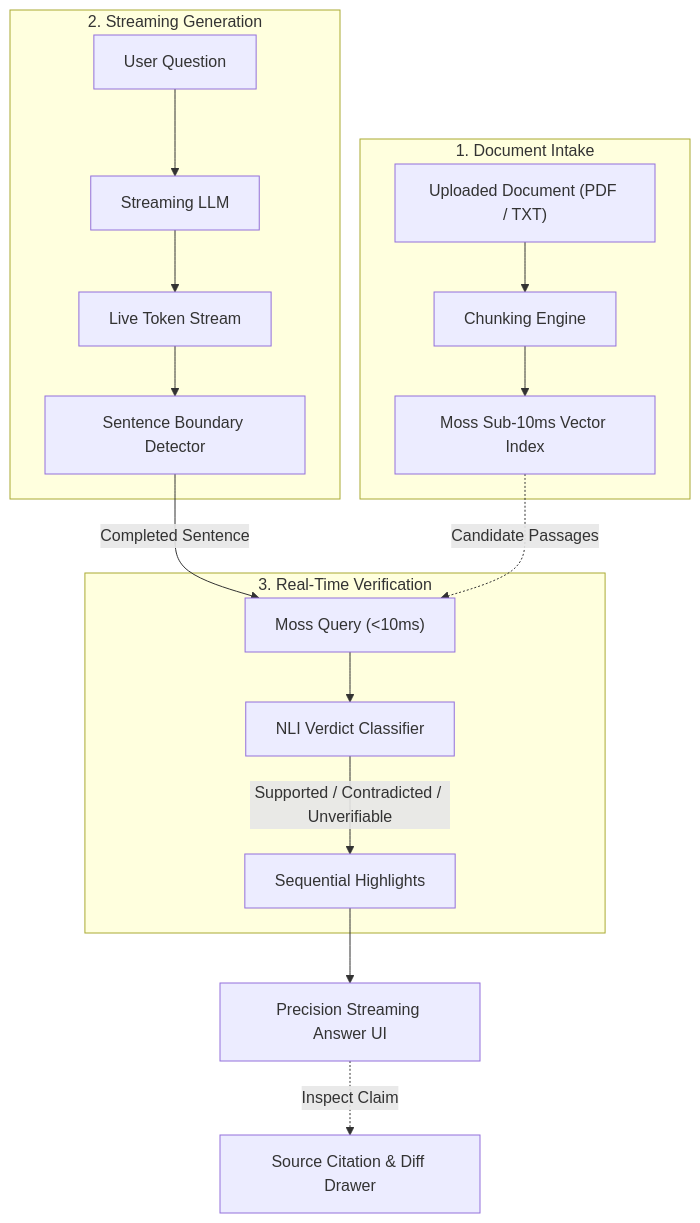
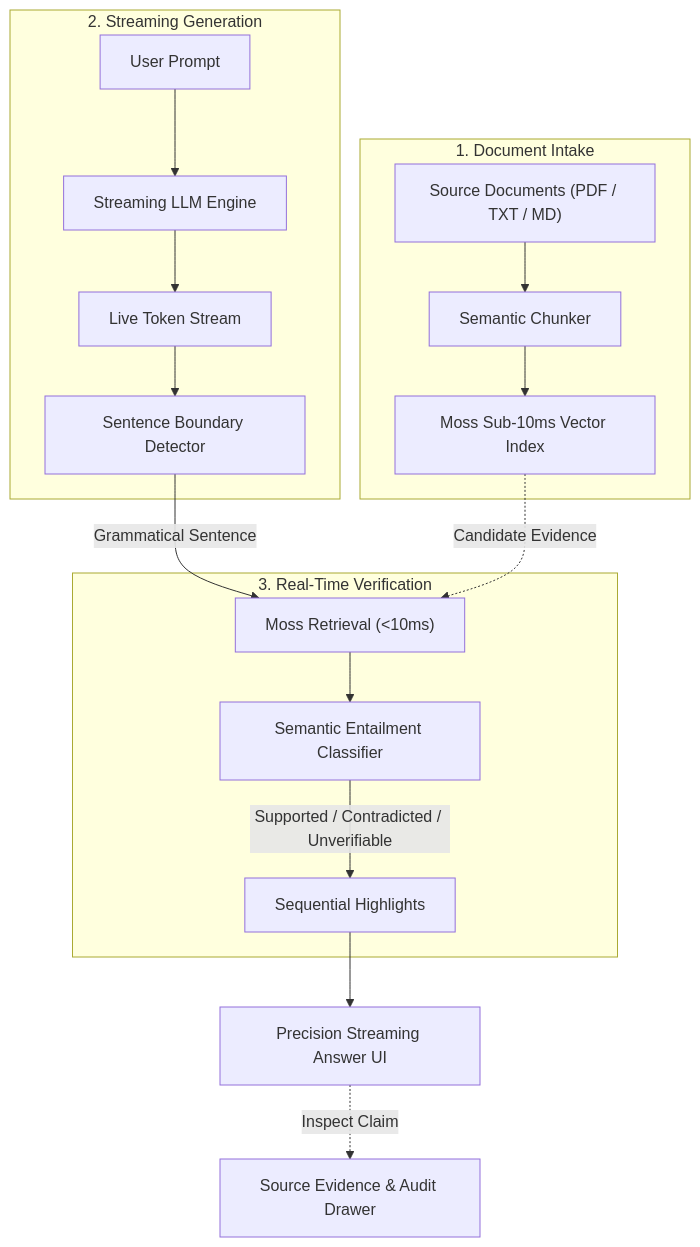
Before and after one commit to Shyamyemuka/tripwire: the diagram in README.md, drawn with Mermaid. The commit also changed other lines of this file, not shown here.

Commit message:
docs: formalize and polish README with clear architecture and key differentiators

````diff
--- a/README.md
+++ b/README.md
@@ -13,23 +13,23 @@
 ```mermaid
 flowchart TD
     subgraph Ingestion ["1. Document Intake"]
-        DOC["Uploaded Document (PDF / TXT)"] --> CHUNK["Chunking Engine"]
+        DOC["Source Documents (PDF / TXT / MD)"] --> CHUNK["Semantic Chunker"]
         CHUNK --> MOSS_IDX["Moss Sub-10ms Vector Index"]
     end
 
     subgraph Generation ["2. Streaming Generation"]
-        USER["User Question"] --> LLM["Streaming LLM"]
+        USER["User Prompt"] --> LLM["Streaming LLM Engine"]
         LLM --> STREAM["Live Token Stream"]
         STREAM --> DETECT["Sentence Boundary Detector"]
     end
 
     subgraph Verification ["3. Real-Time Verification"]
-        DETECT -->|"Completed Sentence"| MOSS_Q["Moss Query (<10ms)"]
-        MOSS_IDX -.->|"Candidate Passages"| MOSS_Q
-        MOSS_Q --> NLI["NLI Verdict Classifier"]
+        DETECT -->|"Grammatical Sentence"| MOSS_Q["Moss Retrieval (<10ms)"]
+        MOSS_IDX -.->|"Candidate Evidence"| MOSS_Q
+        MOSS_Q --> NLI["Semantic Entailment Classifier"]
         NLI -->|"Supported / Contradicted / Unverifiable"| VERDICT["Sequential Highlights"]
     end
 
     VERDICT --> UI["Precision Streaming Answer UI"]
-    UI -.->|"Inspect Claim"| DRAWER["Source Citation & Diff Drawer"]
+    UI -.->|"Inspect Claim"| DRAWER["Source Evidence & Audit Drawer"]
 ```
````
